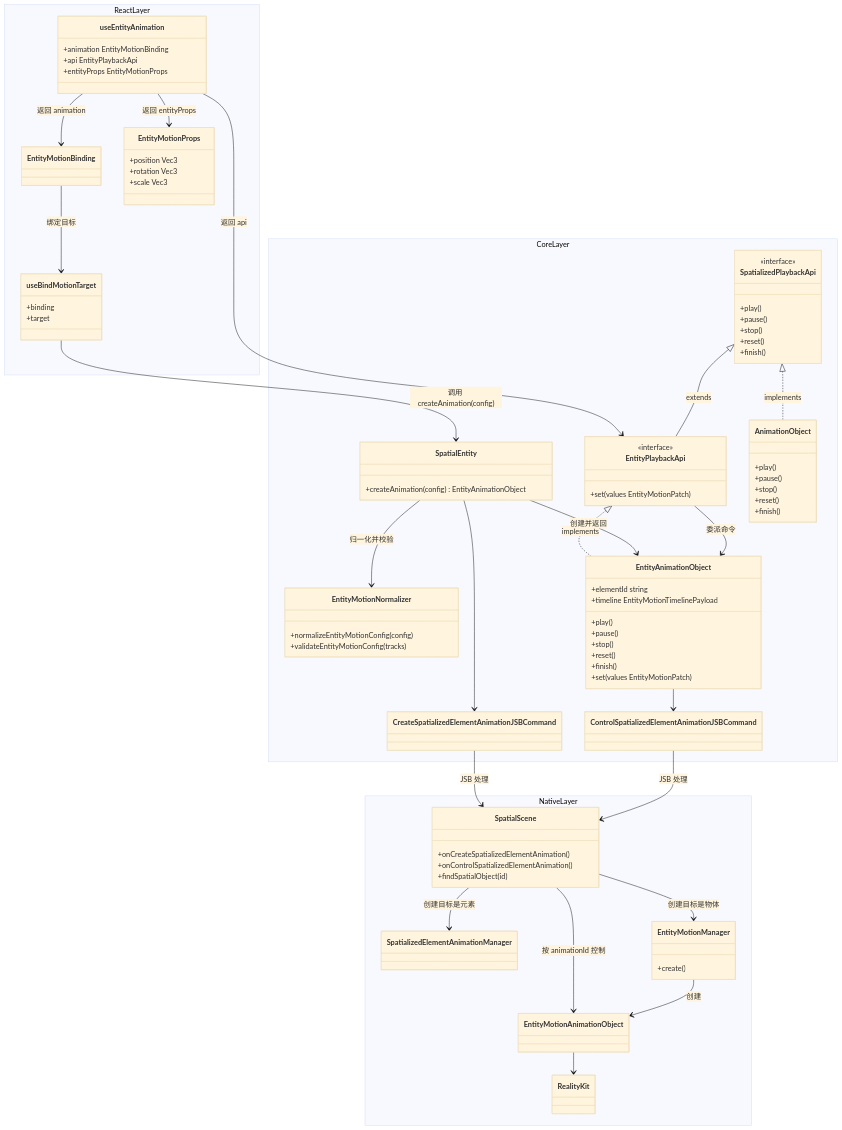
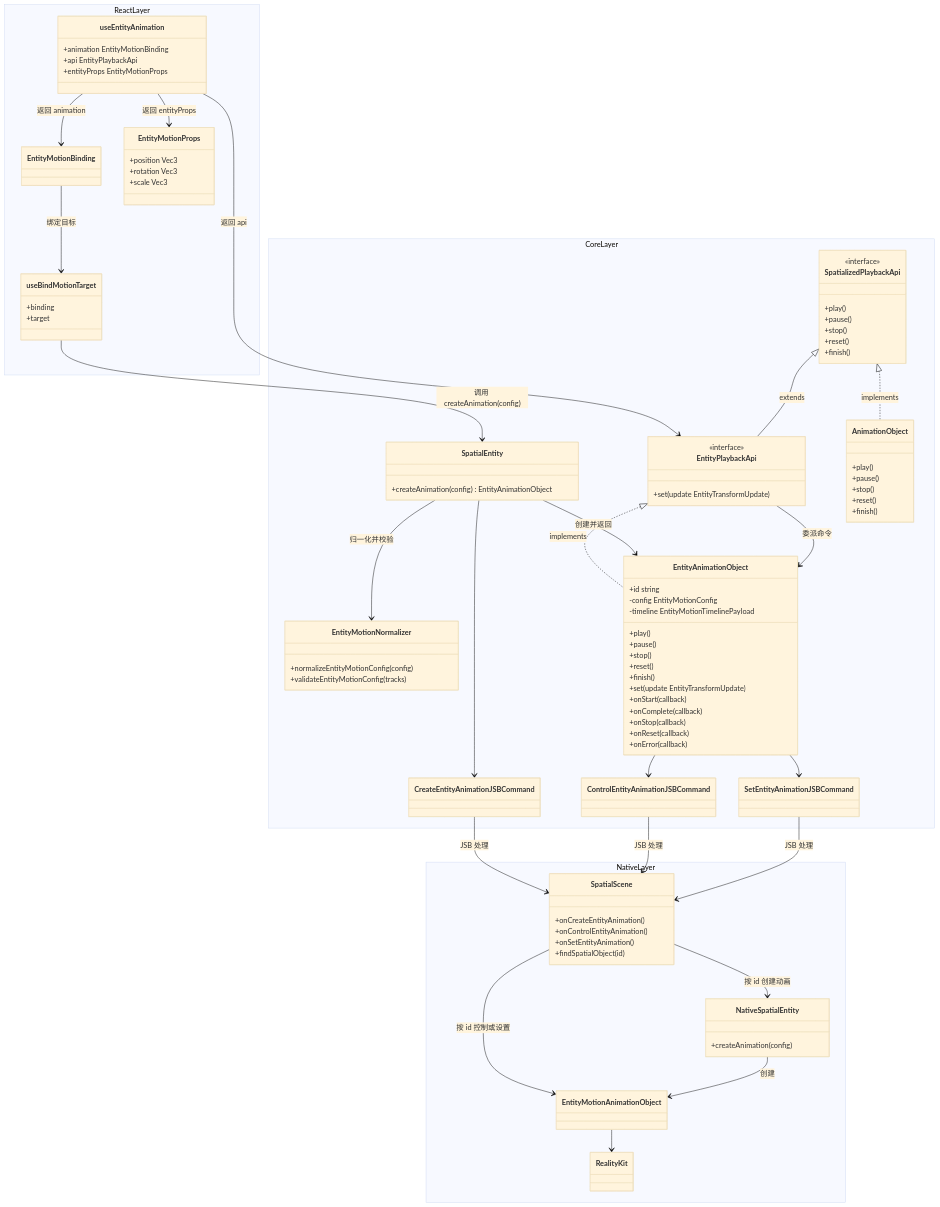
One commit to webspatial/webspatial-sdk changed the second of 14 diagrams in openspec/changes/redesign-entity-motion-api/design.zh.md. Above: the diagram before and after it, drawn with Mermaid (base theme). The commit also changed other lines of this file and 7 other files, not shown here.

````diff
--- a/openspec/changes/redesign-entity-motion-api/design.zh.md
+++ b/openspec/changes/redesign-entity-motion-api/design.zh.md
@@ -221,7 +223,7 @@
         }
         class EntityPlaybackApi {
             <<interface>>
-            +set(values EntityMotionPatch)
+            +set(update EntityTransformUpdate)
         }
         class AnimationObject {
             +play()
@@ -231,27 +233,34 @@
             +finish()
         }
         class EntityAnimationObject {
-            +elementId string
-            +timeline EntityMotionTimelinePayload
+            +id string
+            -config EntityMotionConfig
+            -timeline EntityMotionTimelinePayload
             +play()
             +pause()
             +stop()
             +reset()
             +finish()
-            +set(values EntityMotionPatch)
+            +set(update EntityTransformUpdate)
+            +onStart(callback)
+            +onComplete(callback)
+            +onStop(callback)
+            +onReset(callback)
+            +onError(callback)
         }
-        class CreateSpatializedElementAnimationJSBCommand
-        class ControlSpatializedElementAnimationJSBCommand
+        class CreateEntityAnimationJSBCommand
+        class ControlEntityAnimationJSBCommand
+        class SetEntityAnimationJSBCommand
     }
     namespace NativeLayer {
         class SpatialScene {
-            +onCreateSpatializedElementAnimation()
-            +onControlSpatializedElementAnimation()
+            +onCreateEntityAnimation()
+            +onControlEntityAnimation()
+            +onSetEntityAnimation()
             +findSpatialObject(id)
         }
-        class SpatializedElementAnimationManager
-        class EntityMotionManager {
-            +create()
+        class NativeSpatialEntity {
+            +createAnimation(config)
         }
         class EntityMotionAnimationObject
         class RealityKit
@@ -267,13 +276,14 @@
     EntityPlaybackApi <|.. EntityAnimationObject : implements
     SpatialEntity --> EntityAnimationObject : 创建并返回
     EntityPlaybackApi --> EntityAnimationObject : 委派命令
-    SpatialEntity --> CreateSpatializedElementAnimationJSBCommand
-    EntityAnimationObject --> ControlSpatializedElementAnimationJSBCommand
-    CreateSpatializedElementAnimationJSBCommand --> SpatialScene : JSB 处理
-    ControlSpatializedElementAnimationJSBCommand --> SpatialScene : JSB 处理
-    SpatialScene --> SpatializedElementAnimationManager : 创建目标是元素
-    SpatialScene --> EntityMotionManager : 创建目标是物体
-    SpatialScene --> EntityMotionAnimationObject : 按 animationId 控制
-    EntityMotionManager --> EntityMotionAnimationObject : 创建
+    SpatialEntity --> CreateEntityAnimationJSBCommand
+    EntityAnimationObject --> ControlEntityAnimationJSBCommand
+    EntityAnimationObject --> SetEntityAnimationJSBCommand
+    CreateEntityAnimationJSBCommand --> SpatialScene : JSB 处理
+    ControlEntityAnimationJSBCommand --> SpatialScene : JSB 处理
+    SetEntityAnimationJSBCommand --> SpatialScene : JSB 处理
+    SpatialScene --> NativeSpatialEntity : 按 id 创建动画
+    SpatialScene --> EntityMotionAnimationObject : 按 id 控制或设置
+    NativeSpatialEntity --> EntityMotionAnimationObject : 创建
     EntityMotionAnimationObject --> RealityKit
 ```
````
